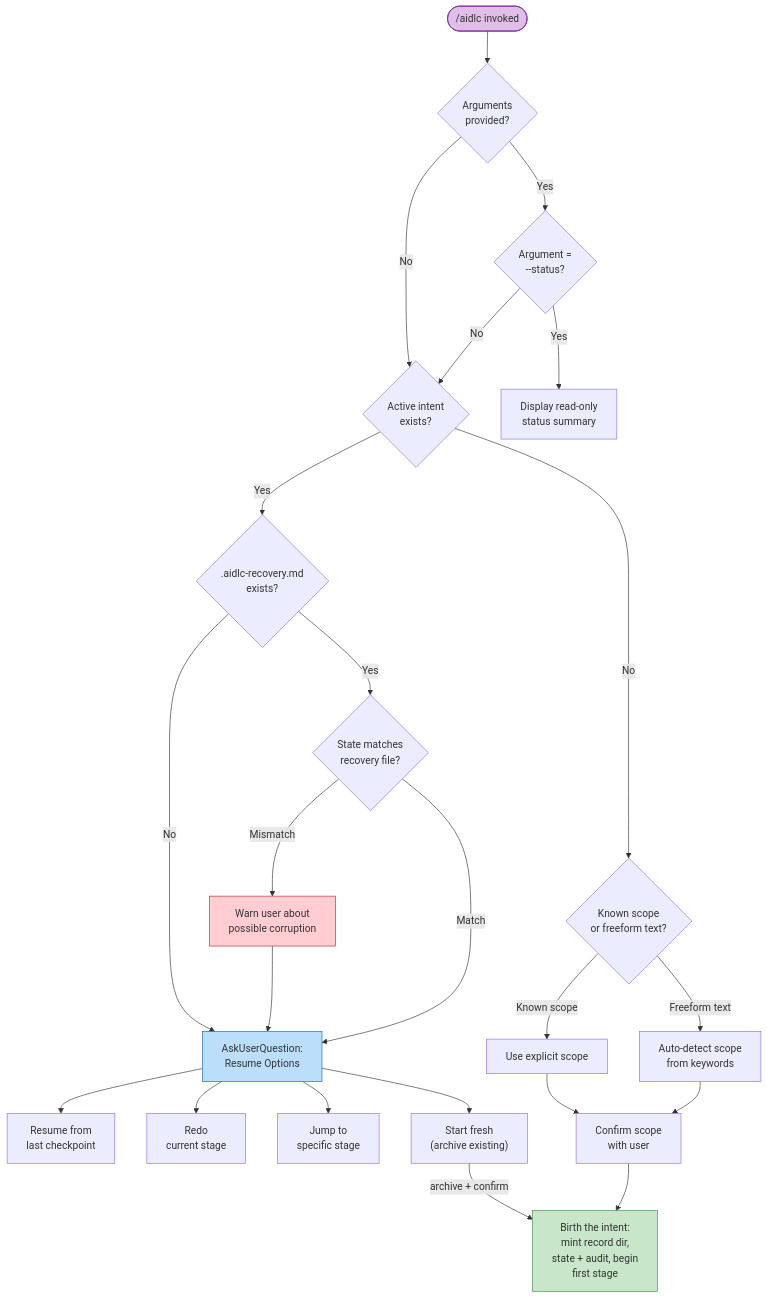
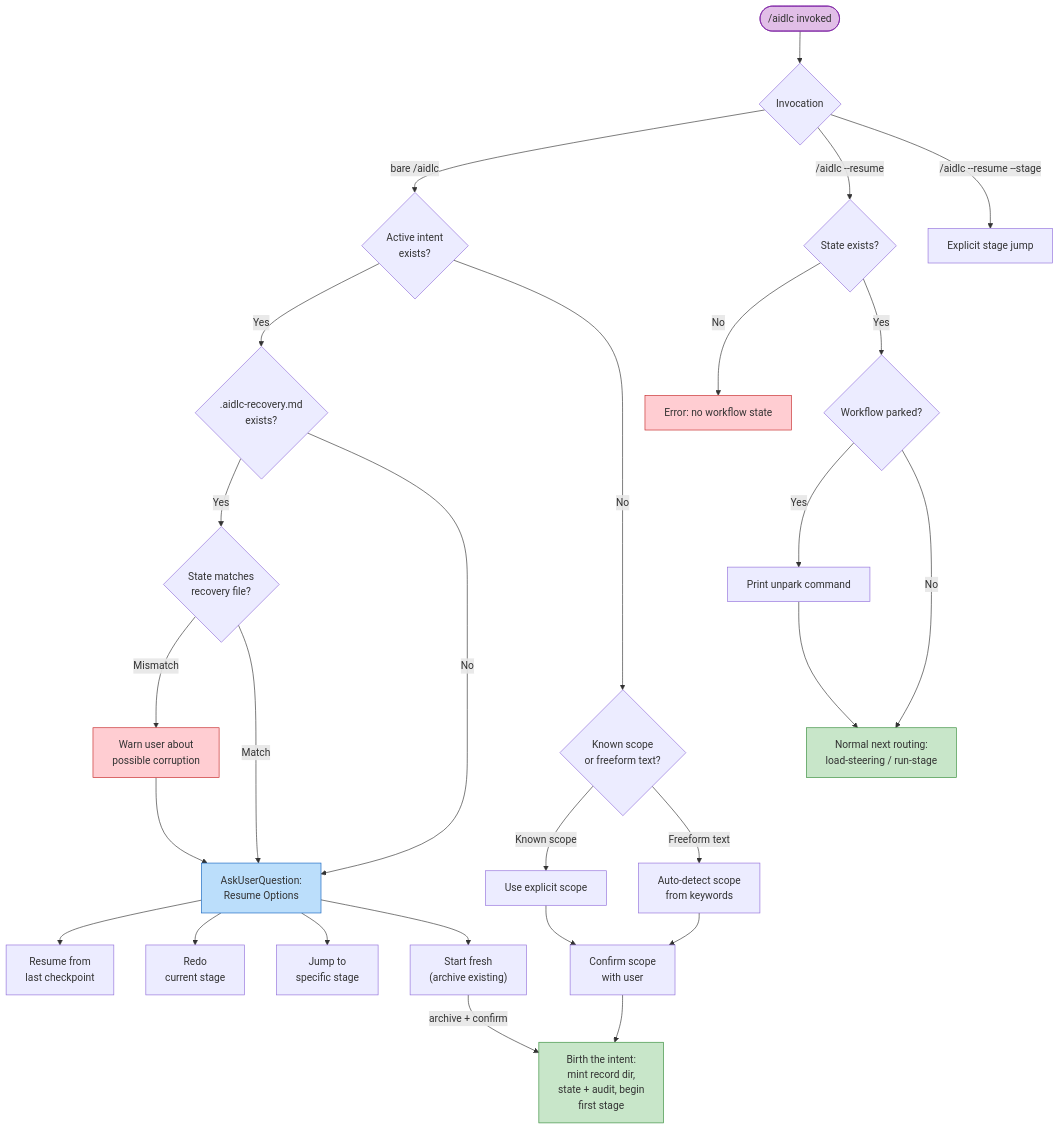
The first of 4 diagrams in docs/reference/en/03-orchestrator.md (otomatty/aidlc-guide), drawn with Mermaid before and after one commit. The commit also changed other lines of this file and 77 other files, not shown here.

````diff
--- a/docs/reference/en/03-orchestrator.md
+++ b/docs/reference/en/03-orchestrator.md
@@ -149,54 +151,61 @@
 ```mermaid
 flowchart TD
     START(["/aidlc invoked"])
-    ARG_CHECK{"Arguments\nprovided?"}
-    STATUS_CHECK{"Argument =\n--status?"}
+    MODE{"Invocation"}
     STATE_EXISTS{"Active intent\nexists?"}
     RECOVERY_CHECK{".aidlc-recovery.md\nexists?"}
     CORRUPTION{"State matches\nrecovery file?"}
     WARN["Warn user about\npossible corruption"]
-
     RESUME_MENU["AskUserQuestion:\nResume Options"]
     OPT_RESUME["Resume from\nlast checkpoint"]
     OPT_REDO["Redo\ncurrent stage"]
     OPT_JUMP["Jump to\nspecific stage"]
     OPT_FRESH["Start fresh\n(archive existing)"]
-
-    STATUS_DISPLAY["Display read-only\nstatus summary"]
+    RESUME_STATE{"State exists?"}
+    PARKED{"Workflow parked?"}
+    UNPARK["Print unpark command"]
+    CONTINUE["Normal next routing:\nload-steering / run-stage"]
+    JUMP["Explicit stage jump"]
+    NO_STATE["Error: no workflow state"]
     SCOPE_DETECT{"Known scope\nor freeform text?"}
     KNOWN_SCOPE["Use explicit scope"]
     FREEFORM["Auto-detect scope\nfrom keywords"]
     CONFIRM_SCOPE["Confirm scope\nwith user"]
     BIRTH["Birth the intent:\nmint record dir,\nstate + audit, begin\nfirst stage"]
 
-    START --> ARG_CHECK
-    ARG_CHECK -->|Yes| STATUS_CHECK
-    ARG_CHECK -->|No| STATE_EXISTS
-
-    STATUS_CHECK -->|Yes| STATUS_DISPLAY
-    STATUS_CHECK -->|No| STATE_EXISTS
+    START --> MODE
+    MODE -->|"bare /aidlc"| STATE_EXISTS
+    MODE -->|"/aidlc --resume"| RESUME_STATE
+    MODE -->|"/aidlc --resume --stage"| JUMP
 
     STATE_EXISTS -->|Yes| RECOVERY_CHECK
     STATE_EXISTS -->|No| SCOPE_DETECT
 
     RECOVERY_CHECK -->|Yes| CORRUPTION
     RECOVERY_CHECK -->|No| RESUME_MENU
     CORRUPTION -->|Mismatch| WARN --> RESUME_MENU
     CORRUPTION -->|Match| RESUME_MENU
 
     RESUME_MENU --> OPT_RESUME
     RESUME_MENU --> OPT_REDO
     RESUME_MENU --> OPT_JUMP
     RESUME_MENU --> OPT_FRESH
 
+    RESUME_STATE -->|No| NO_STATE
+    RESUME_STATE -->|Yes| PARKED
+    PARKED -->|Yes| UNPARK --> CONTINUE
+    PARKED -->|No| CONTINUE
+
     OPT_FRESH -->|"archive + confirm"| BIRTH
 
     SCOPE_DETECT -->|"Known scope"| KNOWN_SCOPE --> CONFIRM_SCOPE
     SCOPE_DETECT -->|"Freeform text"| FREEFORM --> CONFIRM_SCOPE
     CONFIRM_SCOPE --> BIRTH
 
     style START fill:#e1bee7,stroke:#7b1fa2
     style RESUME_MENU fill:#bbdefb,stroke:#1565c0
+    style CONTINUE fill:#c8e6c9,stroke:#388e3c
     style BIRTH fill:#c8e6c9,stroke:#388e3c
     style WARN fill:#ffcdd2,stroke:#c62828
+    style NO_STATE fill:#ffcdd2,stroke:#c62828
 ```
````
